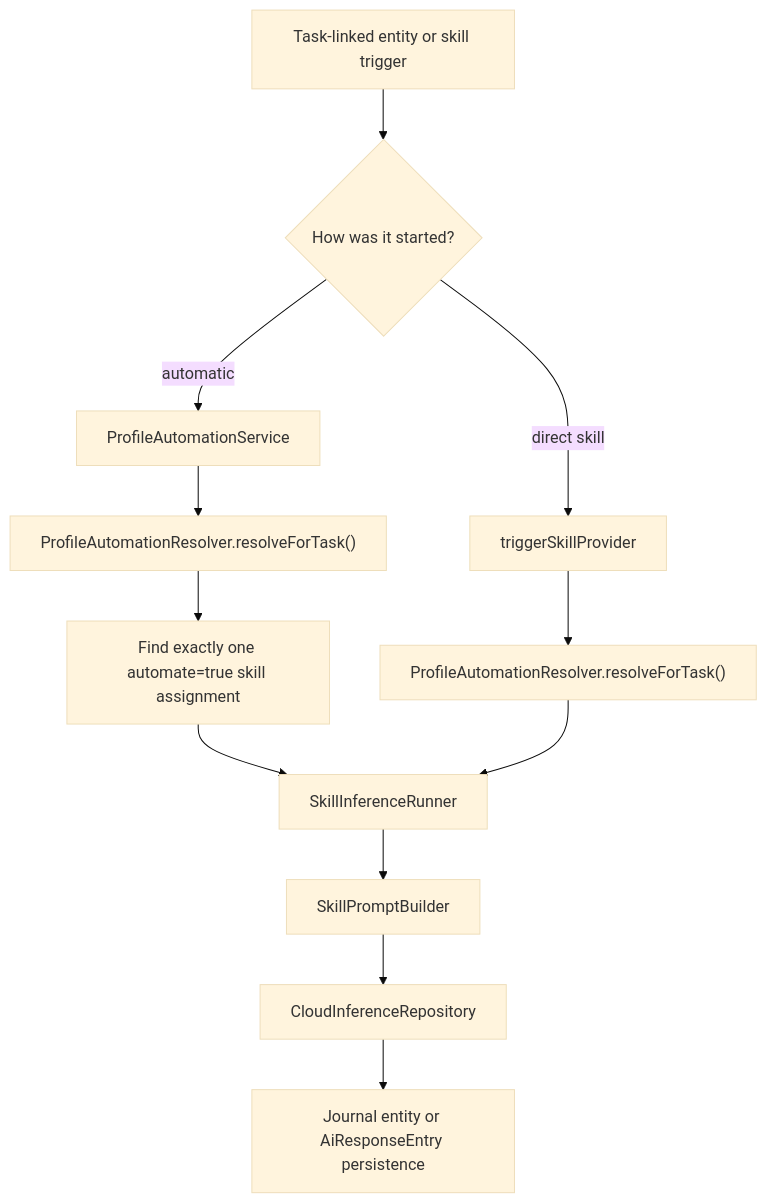
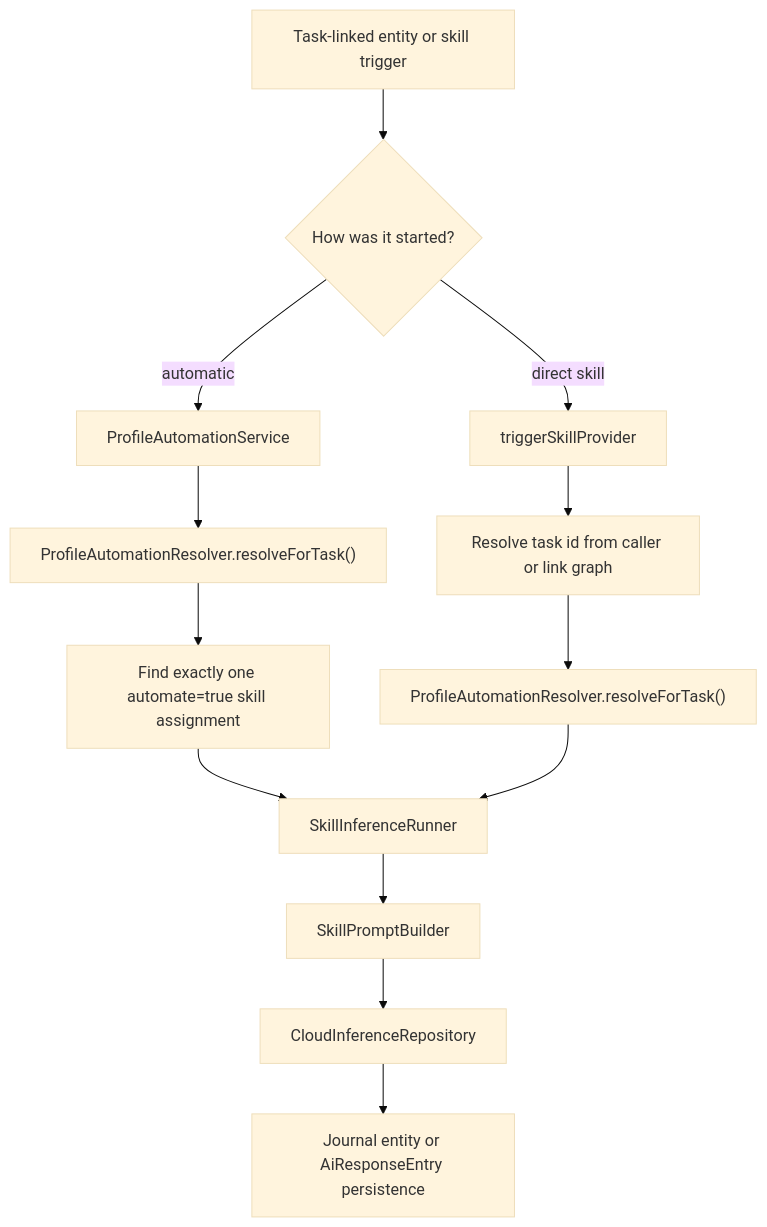
Before and after one commit to matthiasn/lotti: the third of 11 diagrams in lib/features/ai/README.md, drawn with Mermaid (base theme). The commit also changed other lines of this file and 7 other files, not shown here.

````diff
--- a/lib/features/ai/README.md
+++ b/lib/features/ai/README.md
@@ -100,18 +100,19 @@
 ```mermaid
 flowchart TD
   Trigger["Task-linked entity or skill trigger"] --> Mode{"How was it started?"}
 
   Mode -->|automatic| Auto["ProfileAutomationService"]
   Mode -->|direct skill| Direct["triggerSkillProvider"]
 
   Auto --> Resolve["ProfileAutomationResolver.resolveForTask()"]
   Resolve --> Match["Find exactly one automate=true skill assignment"]
   Match --> Runner["SkillInferenceRunner"]
 
-  Direct --> ResolveDirect["ProfileAutomationResolver.resolveForTask()"]
+  Direct --> LinkTask["Resolve task id from caller or link graph"]
+  LinkTask --> ResolveDirect["ProfileAutomationResolver.resolveForTask()"]
   ResolveDirect --> Runner
 
   Runner --> Prompt["SkillPromptBuilder"]
   Prompt --> Route["CloudInferenceRepository"]
   Route --> Persist["Journal entity or AiResponseEntry persistence"]
 ```
````
